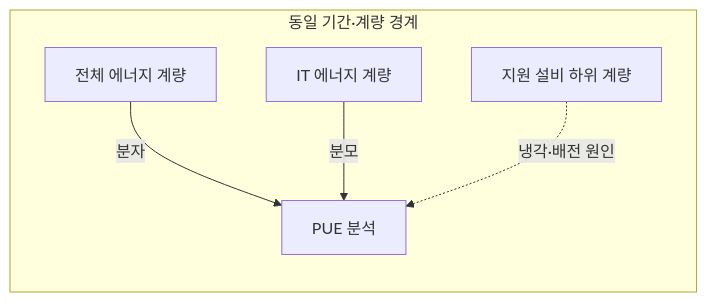
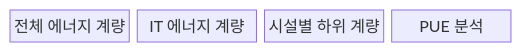
Before and after one commit to agnusdei1207/knowledge-base: the first of 2 diagrams in src/content/docs/notes/02-hardware/058_power_usage_effectiveness.md, drawn with Mermaid. The commit also changed other lines of this file and 20 other files, not shown here.

````diff
--- a/src/content/docs/notes/02-hardware/058_power_usage_effectiveness.md
+++ b/src/content/docs/notes/02-hardware/058_power_usage_effectiveness.md
@@ -70,8 +47,8 @@
 ```mermaid
-flowchart LR
-    subgraph B["동일 기간·계량 경계"]
-        T["전체 에너지 계량"] -->|"분자"| A["PUE 분석"]
-        I["IT 에너지 계량"] -->|"분모"| A
-        S["지원 설비 하위 계량"] -. "냉각·배전 원인" .-> A
-    end
+block
+  columns 4
+  A["전체 에너지 계량"]
+  B["IT 에너지 계량"]
+  C["시설별 하위 계량"]
+  D["PUE 분석"]
 ```
````
